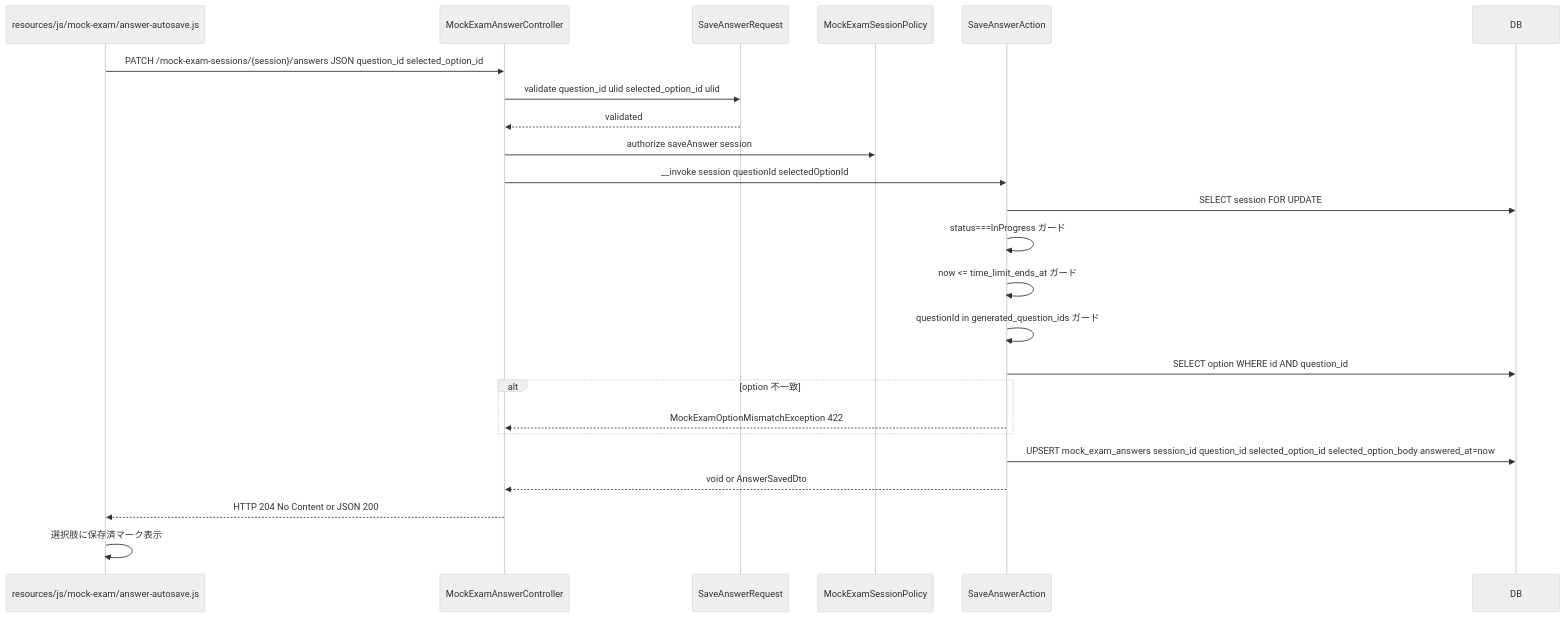
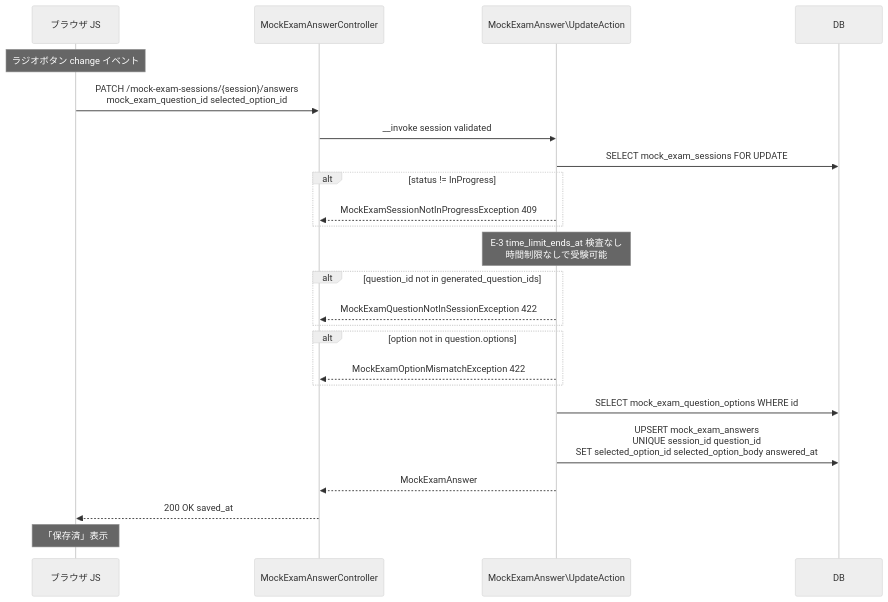
The fourth of 8 diagrams in docs/specs/mock-exam/design.md (coachtech-mockcase-second/ExampleAnswer-mockcase-CertifyLMS), drawn with Mermaid (neutral theme) before and after one commit. The commit also changed other lines of this file and 67 other files, not shown here.

````diff
--- a/docs/specs/mock-exam/design.md
+++ b/docs/specs/mock-exam/design.md
@@ -205,27 +133,27 @@
 ```mermaid
 sequenceDiagram
-    participant Browser as resources/js/mock-exam/answer-autosave.js
-    participant ANC as MockExamAnswerController
-    participant FR as SaveAnswerRequest
-    participant Pol as MockExamSessionPolicy
-    participant SAA as SaveAnswerAction
-    participant DB as DB
+    participant Browser as ブラウザ JS
+    participant MEAC as MockExamAnswerController
+    participant UA as MockExamAnswer\UpdateAction
+    participant DB
 
-    Browser->>ANC: PATCH /mock-exam-sessions/{session}/answers JSON question_id selected_option_id
-    ANC->>FR: validate question_id ulid selected_option_id ulid
-    FR-->>ANC: validated
-    ANC->>Pol: authorize saveAnswer session
-    ANC->>SAA: __invoke session questionId selectedOptionId
-    SAA->>DB: SELECT session FOR UPDATE
-    SAA->>SAA: status===InProgress ガード
-    SAA->>SAA: now <= time_limit_ends_at ガード
-    SAA->>SAA: questionId in generated_question_ids ガード
-    SAA->>DB: SELECT option WHERE id AND question_id
-    alt option 不一致
-        SAA-->>ANC: MockExamOptionMismatchException 422
+    Note over Browser: ラジオボタン change イベント
+    Browser->>MEAC: PATCH /mock-exam-sessions/{session}/answers<br/>mock_exam_question_id selected_option_id
+    MEAC->>UA: __invoke session validated
+    UA->>DB: SELECT mock_exam_sessions FOR UPDATE
+    alt status != InProgress
+        UA-->>MEAC: MockExamSessionNotInProgressException 409
     end
-    SAA->>DB: UPSERT mock_exam_answers session_id question_id selected_option_id selected_option_body answered_at=now
-    SAA-->>ANC: void or AnswerSavedDto
-    ANC-->>Browser: HTTP 204 No Content or JSON 200
-    Browser->>Browser: 選択肢に保存済マーク表示
+    Note over UA: E-3 time_limit_ends_at 検査なし<br/>時間制限なしで受験可能
+    alt question_id not in generated_question_ids
+        UA-->>MEAC: MockExamQuestionNotInSessionException 422
+    end
+    alt option not in question.options
+        UA-->>MEAC: MockExamOptionMismatchException 422
+    end
+    UA->>DB: SELECT mock_exam_question_options WHERE id
+    UA->>DB: UPSERT mock_exam_answers<br/>UNIQUE session_id question_id<br/>SET selected_option_id selected_option_body answered_at
+    UA-->>MEAC: MockExamAnswer
+    MEAC-->>Browser: 200 OK saved_at
+    Note over Browser: 「保存済」表示
 ```
````
